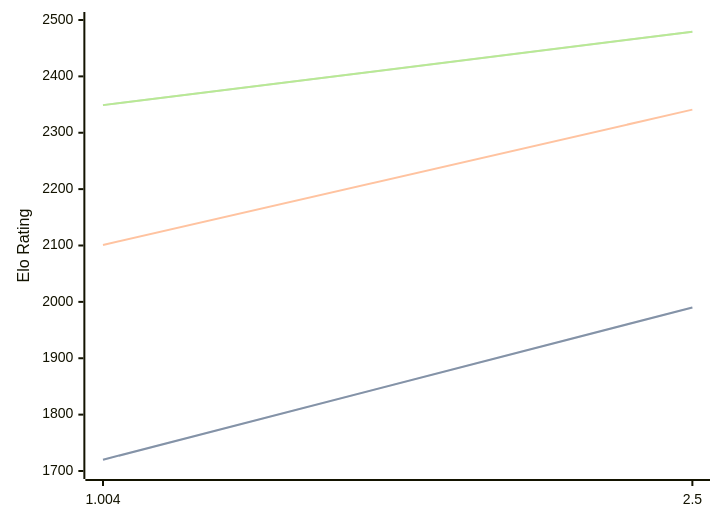
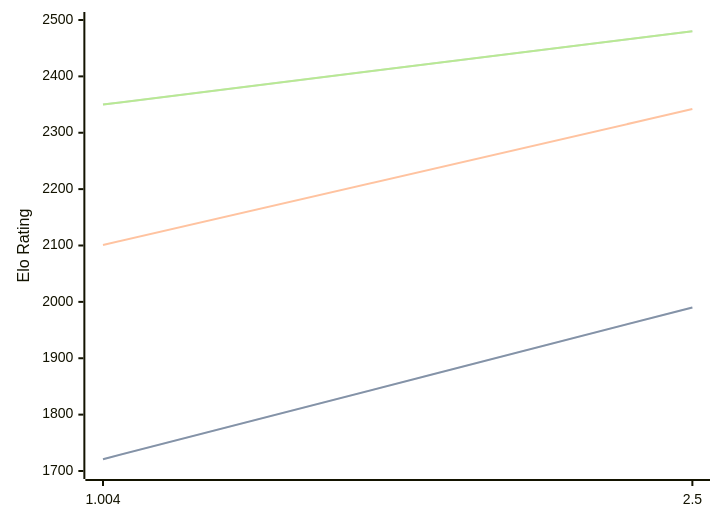
One commit to computer-chess-index/cci changed the diagram in engines/Ares.md. Above: the diagram before and after it, drawn with Mermaid. The commit also changed other lines of this file, not shown here.

Commit message:
Update CCI Ratings (ELO VLTC) - 2026-04-11

````diff
--- a/engines/Ares.md
+++ b/engines/Ares.md
@@ -32,11 +32,11 @@
 ```mermaid
 %%{init: {"theme":"base","themeVariables":{"seriesColors:['#a3a3a3','#222221','#faa371']}}}%%
 xychart-beta
   x-axis ["1.004", "2.5"]
   y-axis "Elo Rating" 1700 --> 2500
-  line "STC (8.0+0.08s)" [1720, 1990]
-  line "STC (8.0+0.08s)" [1720, 1990]
-  line "LTC (60.0+0.60s)" [2101, 2341]
-  line "VLTC (2m24s+1.12s)" [2349, 2479]
-  line "VLTC (2m24s+1.12s)" [2349, 2479]
+  line "STC (8.0+0.08s)" [1721, 1990]
+  line "STC (8.0+0.08s)" [1721, 1990]
+  line "LTC (60.0+0.60s)" [2101, 2342]
+  line "VLTC (2m24s+1.12s)" [2350, 2480]
+  line "VLTC (2m24s+1.12s)" [2350, 2480]
 ```
````
